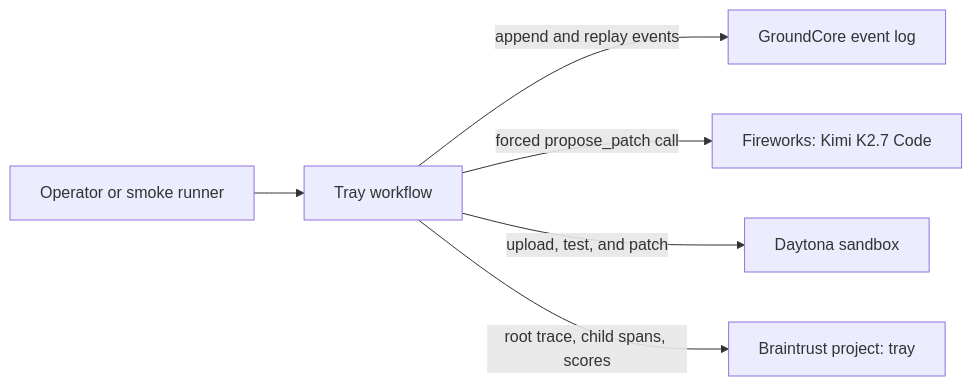
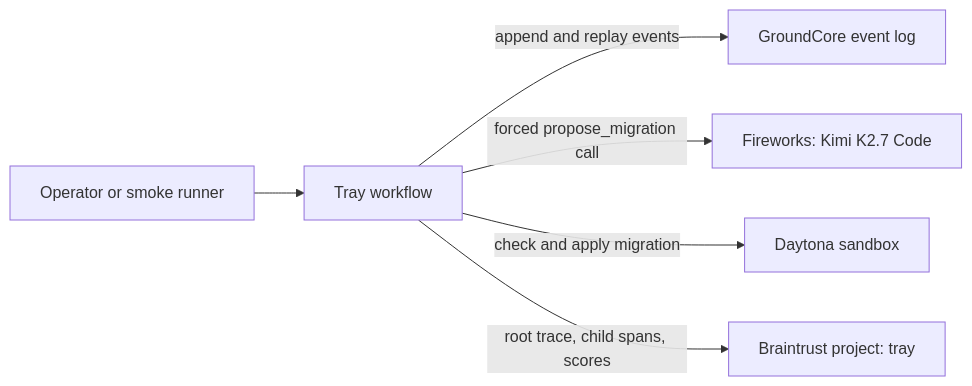
One commit to arvindamirtaa/tray changed the diagram in README.md. Above: the diagram before and after it, drawn with Mermaid. The commit also changed other lines of this file and 9 other files, not shown here.

````diff
--- a/README.md
+++ b/README.md
@@ -15,8 +15,8 @@
 ```mermaid
 flowchart LR
     Operator["Operator or smoke runner"] --> Tray["Tray workflow"]
     Tray -->|"append and replay events"| GroundCore["GroundCore event log"]
-    Tray -->|"forced propose_patch call"| Fireworks["Fireworks: Kimi K2.7 Code"]
-    Tray -->|"upload, test, and patch"| Daytona["Daytona sandbox"]
+    Tray -->|"forced propose_migration call"| Fireworks["Fireworks: Kimi K2.7 Code"]
+    Tray -->|"check and apply migration"| Daytona["Daytona sandbox"]
     Tray -->|"root trace, child spans, scores"| Braintrust["Braintrust project: tray"]
 ```
````
